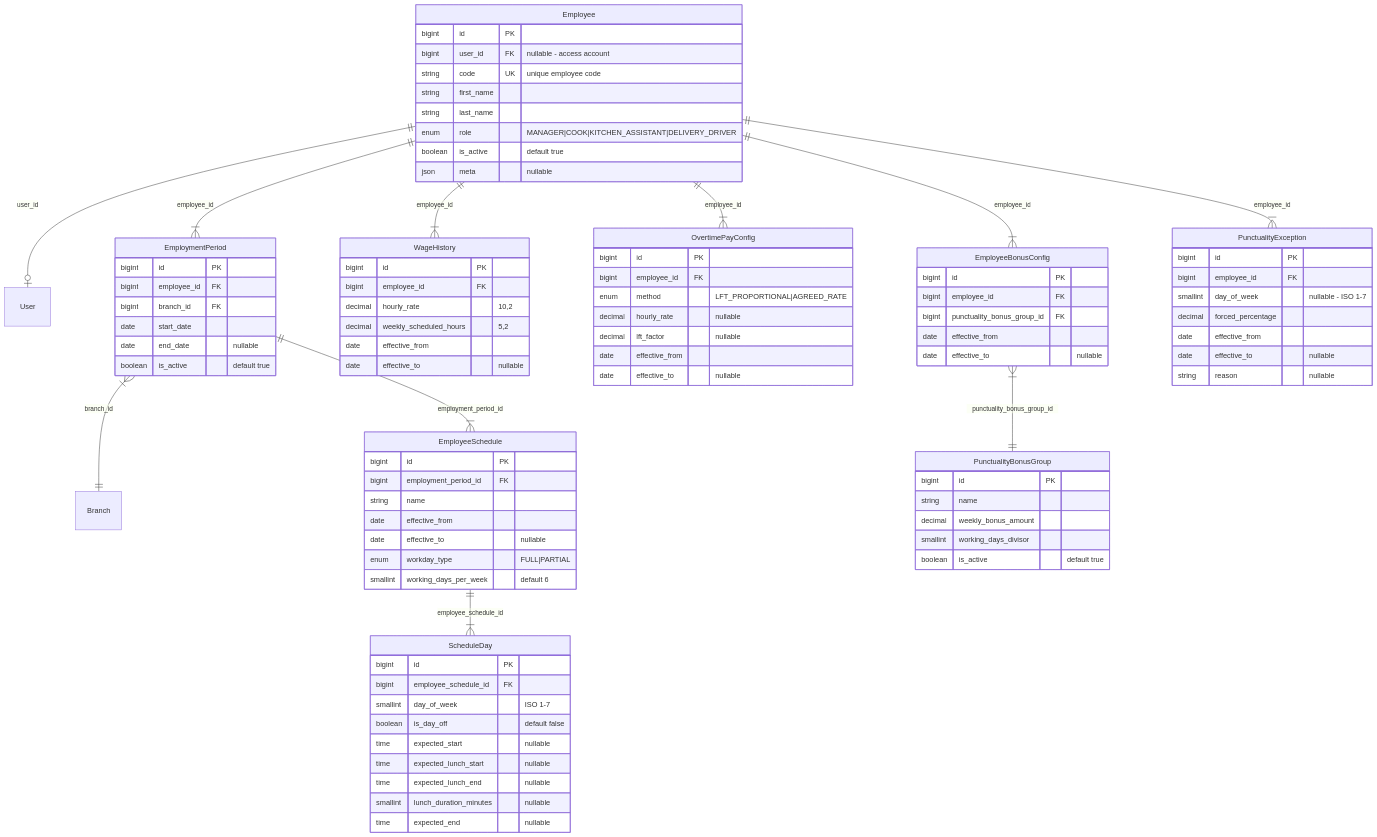
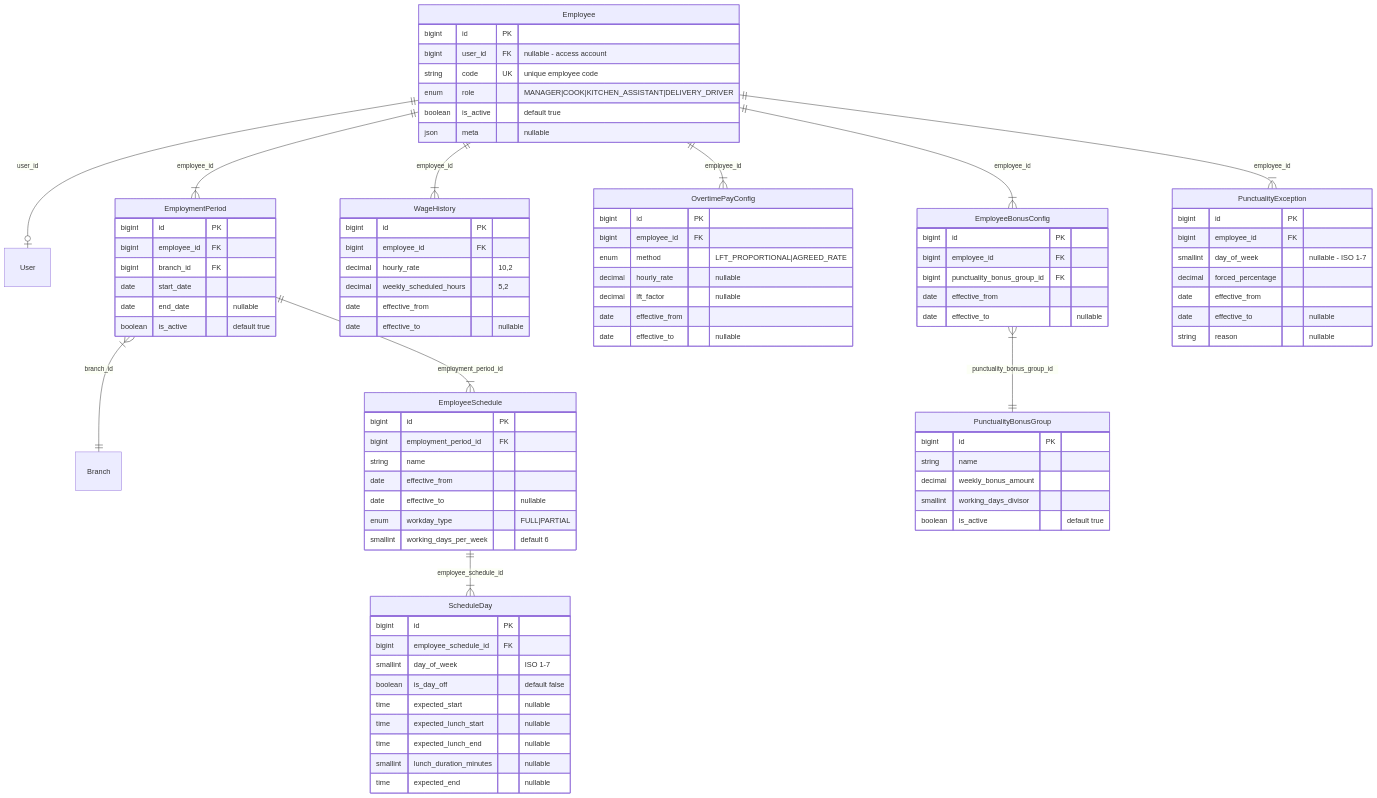
One commit to pakodiazdev/sushigo changed the first of 20 diagrams in doc/modules/attendance-payroll/attendance-payroll-domain-model.en.md. Above: the diagram before and after it, drawn with Mermaid. The commit also changed other lines of this file and 48 other files, not shown here.

```diff
--- a/doc/modules/attendance-payroll/attendance-payroll-domain-model.en.md
+++ b/doc/modules/attendance-payroll/attendance-payroll-domain-model.en.md
@@ -49,8 +49,6 @@
         bigint id PK
         bigint user_id FK "nullable - access account"
         string code UK "unique employee code"
-        string first_name
-        string last_name
         enum role "MANAGER|COOK|KITCHEN_ASSISTANT|DELIVERY_DRIVER"
         boolean is_active "default true"
         json meta "nullable"
```
